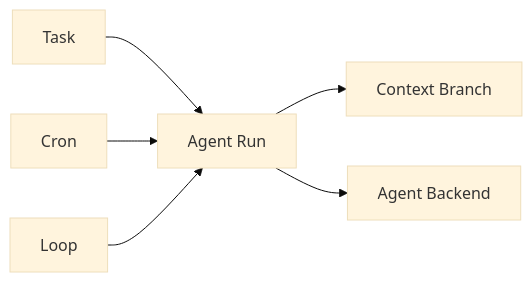
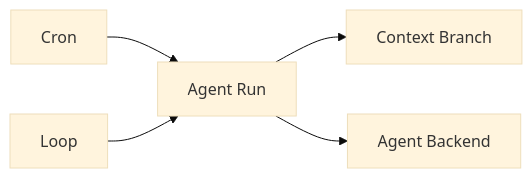
Before and after one commit to Chengchcc/my-agent-dev: the third of 3 diagrams in docs/architecture/map.md, drawn with Mermaid (base theme). The commit also changed other lines of this file and 99 other files, not shown here.

````diff
--- a/docs/architecture/map.md
+++ b/docs/architecture/map.md
@@ -59,8 +60,7 @@
 ```mermaid
 flowchart LR
-  Task[Task] --> Run[Agent Run]
-  Cron[Cron] --> Run
+  Cron[Cron] --> Run[Agent Run]
   Loop[Loop] --> Run
   Run --> Branch[Context Branch]
   Run --> Backend[Agent Backend]
 ```
````
